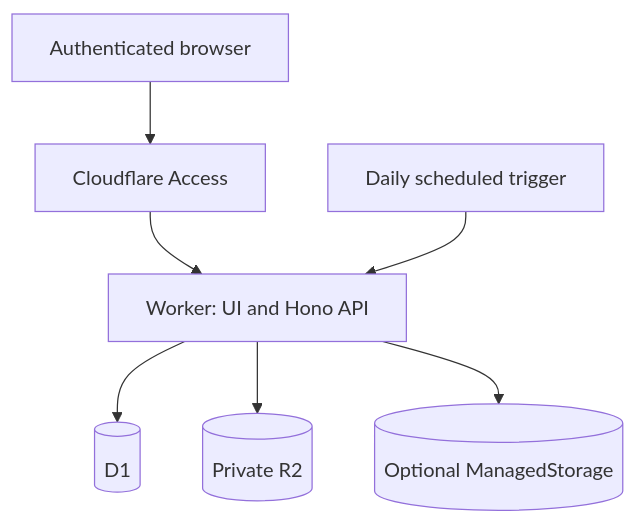
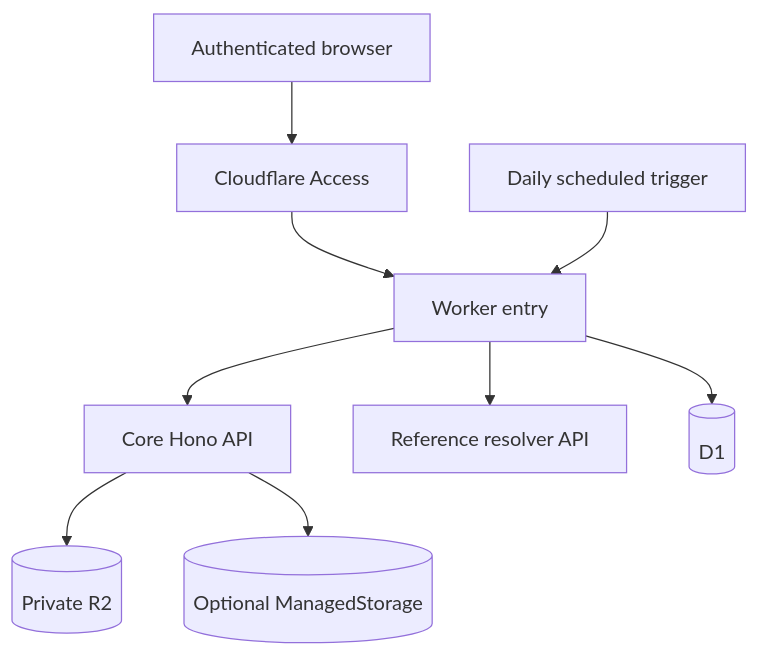
The diagram in docs/ARCHITECTURE.md (BeiqiD/sample-fabrication-workflow), drawn with Mermaid before and after one commit. The commit also changed other lines of this file, not shown here.

Commit message:
Document the reference resolution architecture

````diff
--- a/docs/ARCHITECTURE.md
+++ b/docs/ARCHITECTURE.md
@@ -7,9 +7,11 @@
 ```mermaid
 flowchart TD
   U[Authenticated browser] --> A[Cloudflare Access]
-  A --> W[Worker: UI and Hono API]
-  C[Daily scheduled trigger] --> W
-  W --> D[(D1)]
+  A --> E[Worker entry]
+  E --> W[Core Hono API]
+  E --> Q[Reference resolver API]
+  C[Daily scheduled trigger] --> E
+  E --> D[(D1)]
   W --> R[(Private R2)]
   W --> M[(Optional ManagedStorage)]
 ```
````
